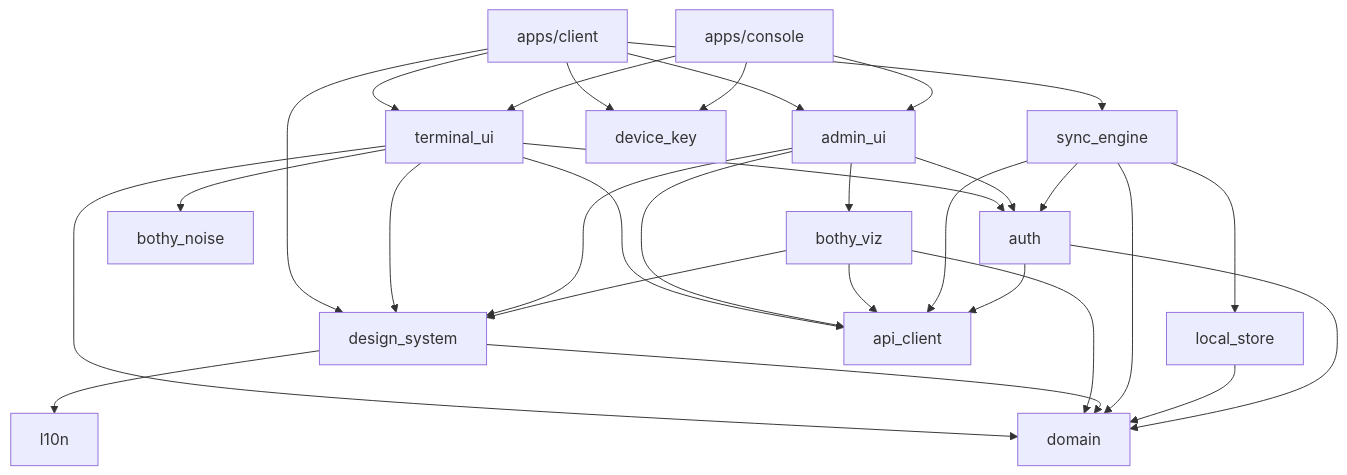
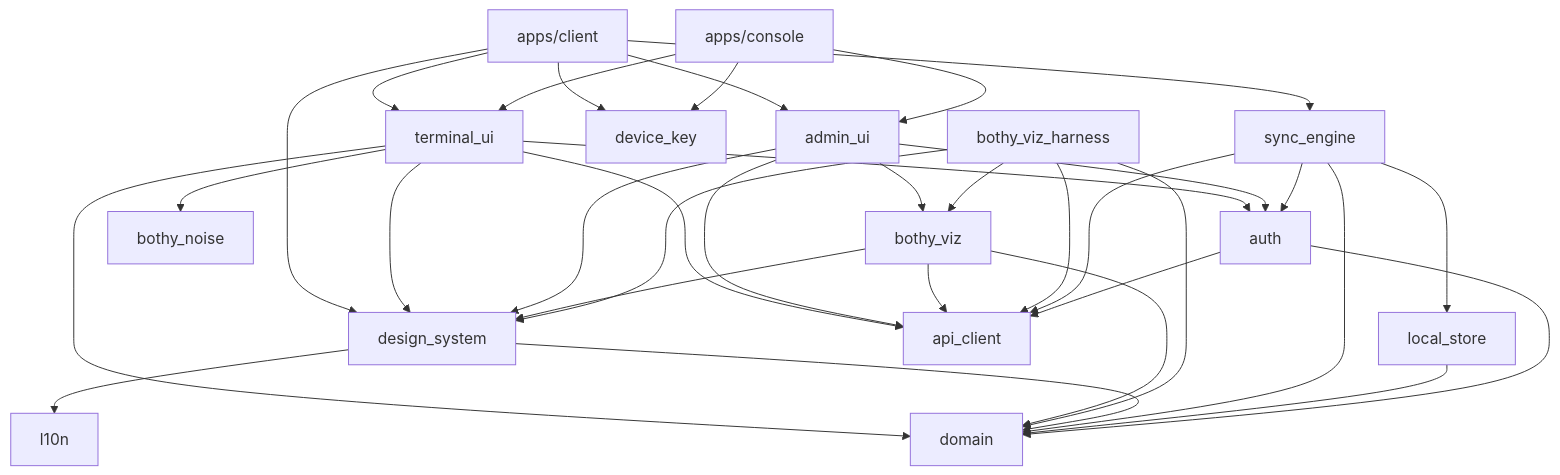
One commit to mguttmann/bothy changed the first of 5 diagrams in docs/spec/15-client-architecture.md. Above: the diagram before and after it, drawn with Mermaid. The commit also changed 16 other files, not shown here.

First line of the commit message:
fix(bothy-viz): executive tiles, run state icons on bars and the nested harness in the tooling

````diff
--- a/docs/spec/15-client-architecture.md
+++ b/docs/spec/15-client-architecture.md
@@ -93,43 +93,48 @@
 ```mermaid
 flowchart TB
   client["apps/client"]
   console["apps/console"]
   admin["admin_ui"]
   ds["design_system"]
   l10n["l10n"]
   sync["sync_engine"]
   store["local_store"]
   auth["auth"]
   key["device_key"]
   api["api_client"]
   domain["domain"]
   client --> admin
   client --> sync
   client --> ds
   client --> key
   client --> term["terminal_ui"]
   console --> admin
   console --> key
   console --> term
   term --> ds
   term --> auth
   term --> api
   term --> noise["bothy_noise"]
   term --> domain
   admin --> ds
   admin --> auth
   admin --> api
   admin --> viz["bothy_viz"]
   viz --> ds
   viz --> api
   viz --> domain
+  harness["bothy_viz_harness"]
+  harness --> viz
+  harness --> ds
+  harness --> api
+  harness --> domain
   ds --> l10n
   ds --> domain
   sync --> store
   sync --> auth
   sync --> api
   sync --> domain
   store --> domain
   auth --> api
   auth --> domain
 ```
````
